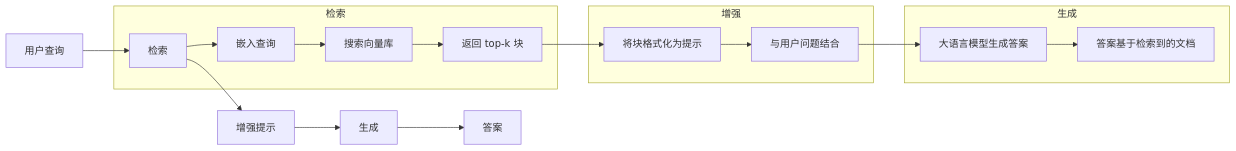
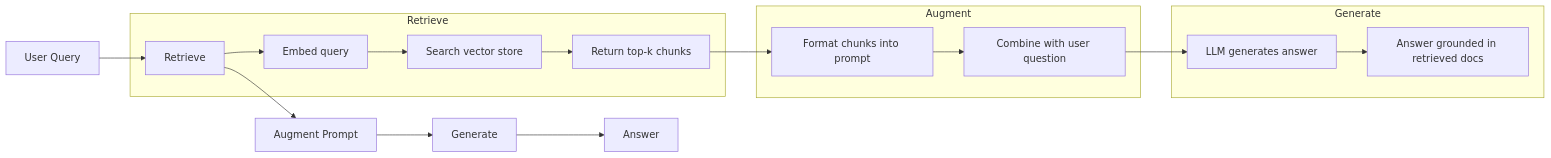
One commit to xiaojiaenen/ai-engineering-from-scratch-zh changed the first of 2 diagrams in i18n/zh/phases/11-llm-engineering/06-rag/docs/zh.md. Above: the diagram before and after it, drawn with Mermaid. The commit also changed other lines of this file and 17 other files, not shown here.

````diff
--- a/i18n/zh/phases/11-llm-engineering/06-rag/docs/zh.md
+++ b/i18n/zh/phases/11-llm-engineering/06-rag/docs/zh.md
@@ -32,23 +32,23 @@
 ```mermaid
 graph LR
-    Q["用户查询"] --> R["检索"]
-    R --> A["增强提示"]
-    A --> G["生成"]
-    G --> Ans["答案"]
+    Q["User Query"] --> R["Retrieve"]
+    R --> A["Augment Prompt"]
+    A --> G["Generate"]
+    G --> Ans["Answer"]
 
-    subgraph "检索"
-        R --> Embed["嵌入查询"]
-        Embed --> Search["搜索向量库"]
-        Search --> TopK["返回 top-k 块"]
+    subgraph "Retrieve"
+        R --> Embed["Embed query"]
+        Embed --> Search["Search vector store"]
+        Search --> TopK["Return top-k chunks"]
     end
 
-    subgraph "增强"
-        TopK --> Format["将块格式化为提示"]
-        Format --> Combine["与用户问题结合"]
+    subgraph "Augment"
+        TopK --> Format["Format chunks into prompt"]
+        Format --> Combine["Combine with user question"]
     end
 
-    subgraph "生成"
-        Combine --> LLM["大语言模型生成答案"]
-        LLM --> Cite["答案基于检索到的文档"]
+    subgraph "Generate"
+        Combine --> LLM["LLM generates answer"]
+        LLM --> Cite["Answer grounded in retrieved docs"]
     end
 ```
````
